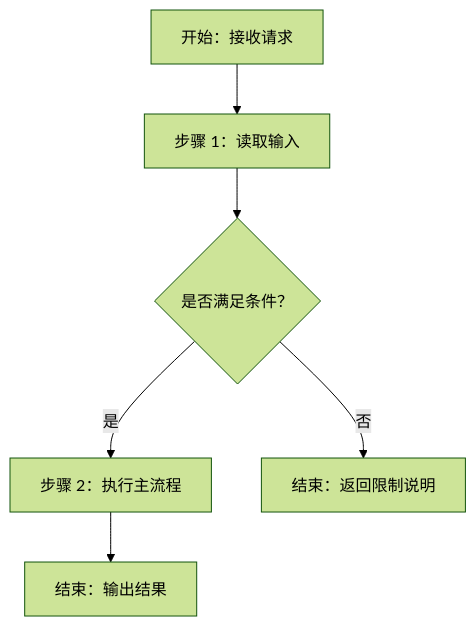
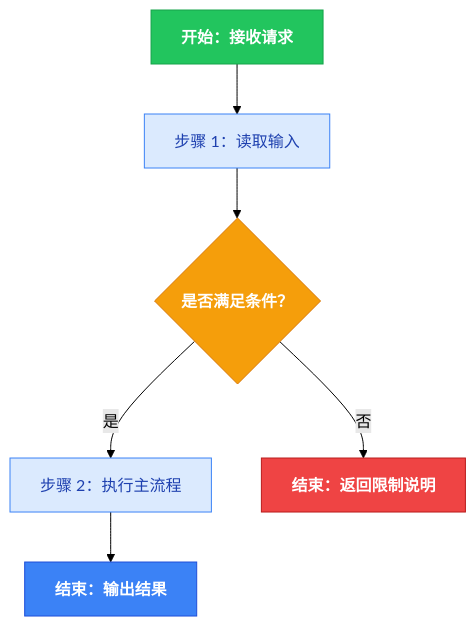
Before and after one commit to WW-AI-Lab/openclaw-office: the diagram in bin/skills/skill-workbench-mermaid-guard/references/mermaid-normalization-checklist.md, drawn with Mermaid (forest theme). The commit also changed other lines of this file and 36 other files, not shown here.

````diff
--- a/bin/skills/skill-workbench-mermaid-guard/references/mermaid-normalization-checklist.md
+++ b/bin/skills/skill-workbench-mermaid-guard/references/mermaid-normalization-checklist.md
@@ -54,8 +48,15 @@
 ```mermaid
 flowchart TD
-    START["开始：接收请求"] --> STEP_1["步骤 1：读取输入"]
-    STEP_1 --> DECIDE_1{"是否满足条件？"}
-    DECIDE_1 -->|是| STEP_2["步骤 2：执行主流程"]
-    DECIDE_1 -->|否| END_ERR["结束：返回限制说明"]
-    STEP_2 --> END_OK["结束：输出结果"]
+    classDef startNode fill:#22c55e,stroke:#16a34a,color:#fff,font-weight:bold
+    classDef endOk     fill:#3b82f6,stroke:#1d4ed8,color:#fff,font-weight:bold
+    classDef endErr    fill:#ef4444,stroke:#b91c1c,color:#fff,font-weight:bold
+    classDef decision  fill:#f59e0b,stroke:#d97706,color:#fff,font-weight:bold
+    classDef process   fill:#dbeafe,stroke:#3b82f6,color:#1e40af
+    classDef phase     fill:#ede9fe,stroke:#7c3aed,color:#4c1d95,font-weight:bold
+
+    START["开始：接收请求"]:::startNode --> STEP_1["步骤 1：读取输入"]:::process
+    STEP_1 --> DECIDE_1{"是否满足条件？"}:::decision
+    DECIDE_1 -->|是| STEP_2["步骤 2：执行主流程"]:::process
+    DECIDE_1 -->|否| END_ERR["结束：返回限制说明"]:::endErr
+    STEP_2 --> END_OK["结束：输出结果"]:::endOk
 ```
````
